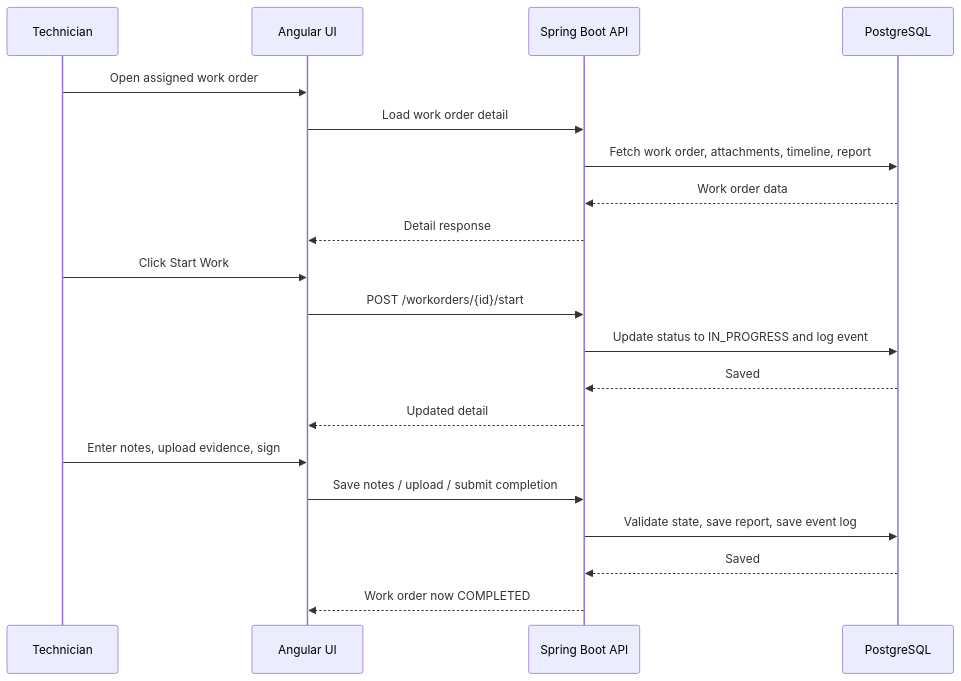
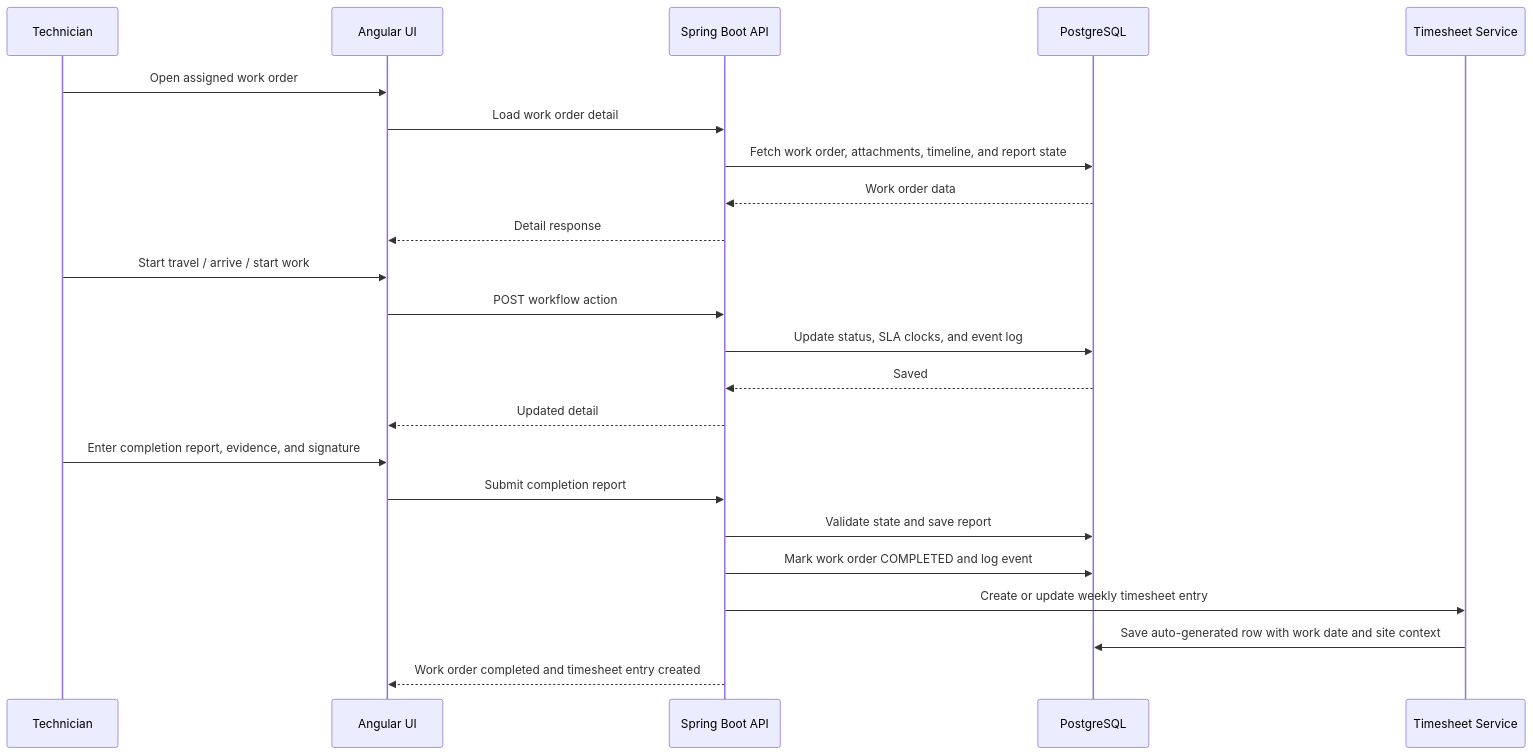
Before and after one commit to skawuma/A3-FSM-Deployment: the seventh of 13 diagrams in README.MD, drawn with Mermaid. The commit also changed other lines of this file and 1 other file, not shown here.

Commit message:
Document Sprint 13 roadmap and timesheet workflows

````diff
--- a/README.MD
+++ b/README.MD
@@ -281,25 +383,28 @@
 ```mermaid
 sequenceDiagram
     participant Tech as Technician
     participant UI as Angular UI
     participant API as Spring Boot API
     participant DB as PostgreSQL
+    participant TS as Timesheet Service
 
     Tech->>UI: Open assigned work order
     UI->>API: Load work order detail
-    API->>DB: Fetch work order, attachments, timeline, report
+    API->>DB: Fetch work order, attachments, timeline, and report state
     DB-->>API: Work order data
     API-->>UI: Detail response
 
-    Tech->>UI: Click Start Work
-    UI->>API: POST /workorders/{id}/start
-    API->>DB: Update status to IN_PROGRESS and log event
+    Tech->>UI: Start travel / arrive / start work
+    UI->>API: POST workflow action
+    API->>DB: Update status, SLA clocks, and event log
     DB-->>API: Saved
     API-->>UI: Updated detail
 
-    Tech->>UI: Enter notes, upload evidence, sign
-    UI->>API: Save notes / upload / submit completion
-    API->>DB: Validate state, save report, save event log
-    DB-->>API: Saved
-    API-->>UI: Work order now COMPLETED
+    Tech->>UI: Enter completion report, evidence, and signature
+    UI->>API: Submit completion report
+    API->>DB: Validate state and save report
+    API->>DB: Mark work order COMPLETED and log event
+    API->>TS: Create or update weekly timesheet entry
+    TS->>DB: Save auto-generated row with work date and site context
+    API-->>UI: Work order completed and timesheet entry created
 ```
````
